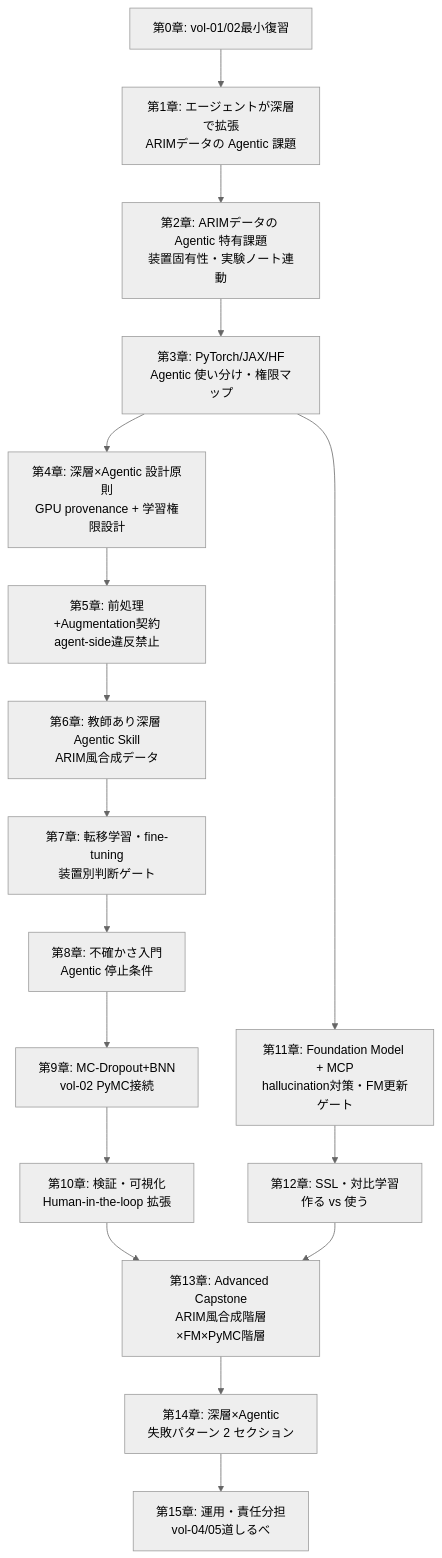
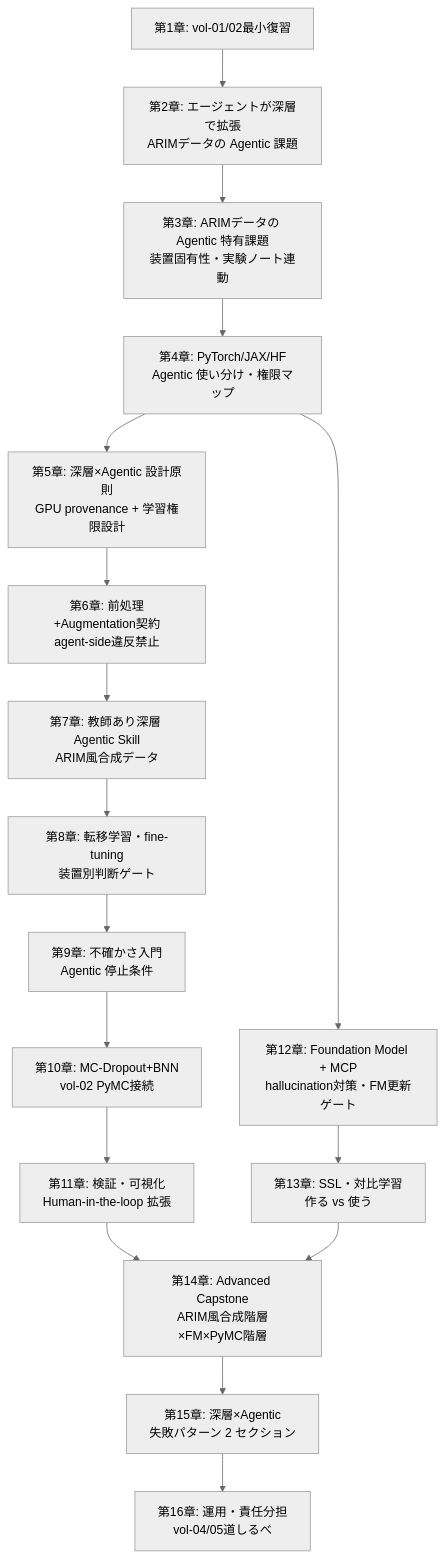
Before and after one commit to nahisaho/ARIMAgentDataAnalysisBook: the diagram in papers/vol-03/chapter-outline.md, drawn with Mermaid (neutral theme). The commit also changed other lines of this file and 48 other files, not shown here.

````diff
--- a/papers/vol-03/chapter-outline.md
+++ b/papers/vol-03/chapter-outline.md
@@ -229,19 +229,19 @@
 ```mermaid
 flowchart TD
-    C0[第0章: vol-01/02最小復習] --> C1[第1章: エージェントが深層で拡張<br/>ARIMデータの Agentic 課題]
-    C1 --> C2[第2章: ARIMデータの Agentic 特有課題<br/>装置固有性・実験ノート連動]
-    C2 --> C3[第3章: PyTorch/JAX/HF<br/>Agentic 使い分け・権限マップ]
-    C3 --> C4[第4章: 深層×Agentic 設計原則<br/>GPU provenance + 学習権限設計]
-    C4 --> C5[第5章: 前処理+Augmentation契約<br/>agent-side違反禁止]
-    C5 --> C6[第6章: 教師あり深層 Agentic Skill<br/>ARIM風合成データ]
-    C6 --> C7[第7章: 転移学習・fine-tuning<br/>装置別判断ゲート]
-    C7 --> C8[第8章: 不確かさ入門<br/>Agentic 停止条件]
-    C8 --> C9[第9章: MC-Dropout+BNN<br/>vol-02 PyMC接続]
-    C9 --> C10[第10章: 検証・可視化<br/>Human-in-the-loop 拡張]
-    C3 --> C11[第11章: Foundation Model + MCP<br/>hallucination対策・FM更新ゲート]
-    C11 --> C12[第12章: SSL・対比学習<br/>作る vs 使う]
-    C10 --> C13[第13章: Advanced Capstone<br/>ARIM風合成階層×FM×PyMC階層]
+    C0[第1章: vol-01/02最小復習] --> C1[第2章: エージェントが深層で拡張<br/>ARIMデータの Agentic 課題]
+    C1 --> C2[第3章: ARIMデータの Agentic 特有課題<br/>装置固有性・実験ノート連動]
+    C2 --> C3[第4章: PyTorch/JAX/HF<br/>Agentic 使い分け・権限マップ]
+    C3 --> C4[第5章: 深層×Agentic 設計原則<br/>GPU provenance + 学習権限設計]
+    C4 --> C5[第6章: 前処理+Augmentation契約<br/>agent-side違反禁止]
+    C5 --> C6[第7章: 教師あり深層 Agentic Skill<br/>ARIM風合成データ]
+    C6 --> C7[第8章: 転移学習・fine-tuning<br/>装置別判断ゲート]
+    C7 --> C8[第9章: 不確かさ入門<br/>Agentic 停止条件]
+    C8 --> C9[第10章: MC-Dropout+BNN<br/>vol-02 PyMC接続]
+    C9 --> C10[第11章: 検証・可視化<br/>Human-in-the-loop 拡張]
+    C3 --> C11[第12章: Foundation Model + MCP<br/>hallucination対策・FM更新ゲート]
+    C11 --> C12[第13章: SSL・対比学習<br/>作る vs 使う]
+    C10 --> C13[第14章: Advanced Capstone<br/>ARIM風合成階層×FM×PyMC階層]
     C12 --> C13
-    C13 --> C14[第14章: 深層×Agentic<br/>失敗パターン 2 セクション]
-    C14 --> C15[第15章: 運用・責任分担<br/>vol-04/05道しるべ]
+    C13 --> C14[第15章: 深層×Agentic<br/>失敗パターン 2 セクション]
+    C14 --> C15[第16章: 運用・責任分担<br/>vol-04/05道しるべ]
 ```
````
